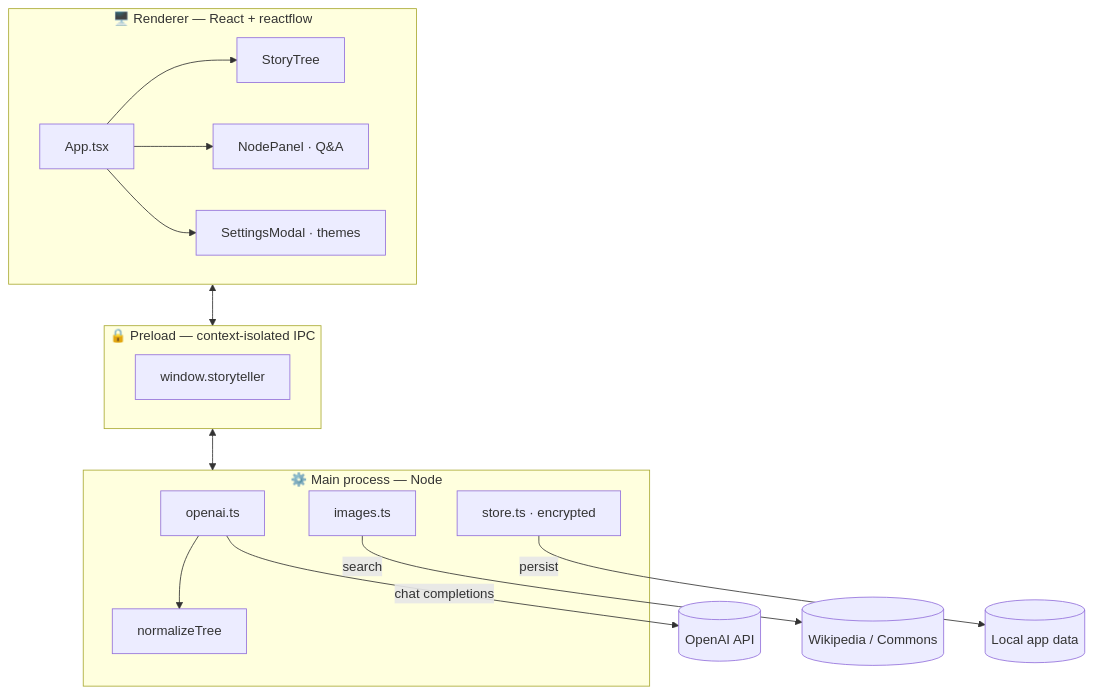
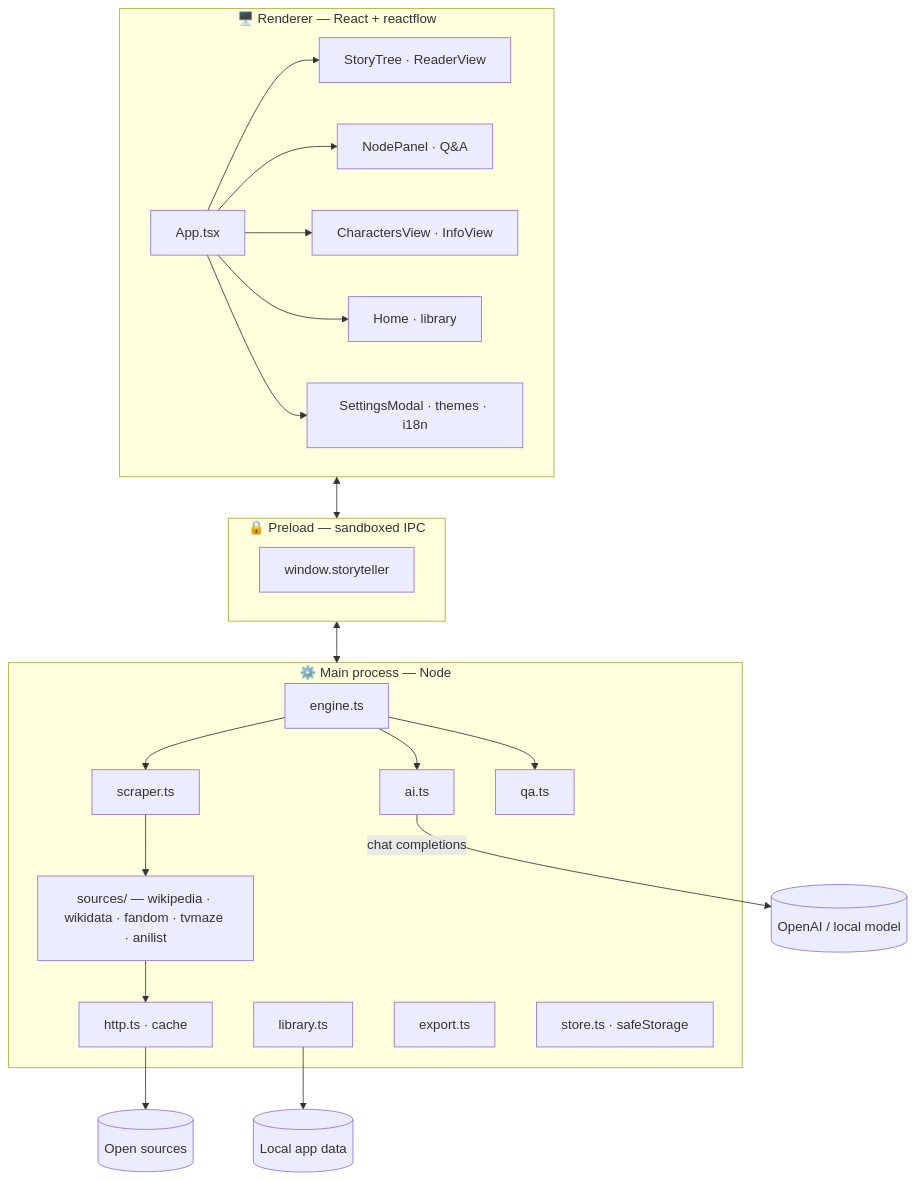
Before and after one commit to Ernani1234/storyteller: the second of 2 diagrams in README.md, drawn with Mermaid. The commit also changed other lines of this file and 127 other files, not shown here.

````diff
--- a/README.md
+++ b/README.md
@@ -177,24 +231,31 @@
 ```mermaid
 graph TD
     subgraph Renderer["🖥️ Renderer — React + reactflow"]
-        A[App.tsx] --> T[StoryTree]
+        A[App.tsx] --> T["StoryTree · ReaderView"]
         A --> P["NodePanel · Q&A"]
-        A --> S["SettingsModal · themes"]
+        A --> C["CharactersView · InfoView"]
+        A --> H["Home · library"]
+        A --> S["SettingsModal · themes · i18n"]
     end
 
-    subgraph Bridge["🔒 Preload — context-isolated IPC"]
+    subgraph Bridge["🔒 Preload — sandboxed IPC"]
         B[window.storyteller]
     end
 
     subgraph Mainp["⚙️ Main process — Node"]
-        O[openai.ts] --> N[normalizeTree]
-        I[images.ts]
-        ST["store.ts · encrypted"]
+        E[engine.ts] --> SC[scraper.ts]
+        E --> AIm[ai.ts]
+        E --> Q[qa.ts]
+        SC --> SRC["sources/ — wikipedia · wikidata · fandom · tvmaze · anilist"]
+        SRC --> HT["http.ts · cache"]
+        L["library.ts"]
+        X["export.ts"]
+        ST["store.ts · safeStorage"]
     end
 
     Renderer <--> Bridge
     Bridge <--> Mainp
-    O -->|chat completions| OpenAI[(OpenAI API)]
-    I -->|search| Wiki[(Wikipedia / Commons)]
-    ST -->|persist| Disk[(Local app data)]
+    AIm -->|chat completions| OpenAI[(OpenAI / local model)]
+    HT --> Web[(Open sources)]
+    L --> Disk[(Local app data)]
 ```
````
